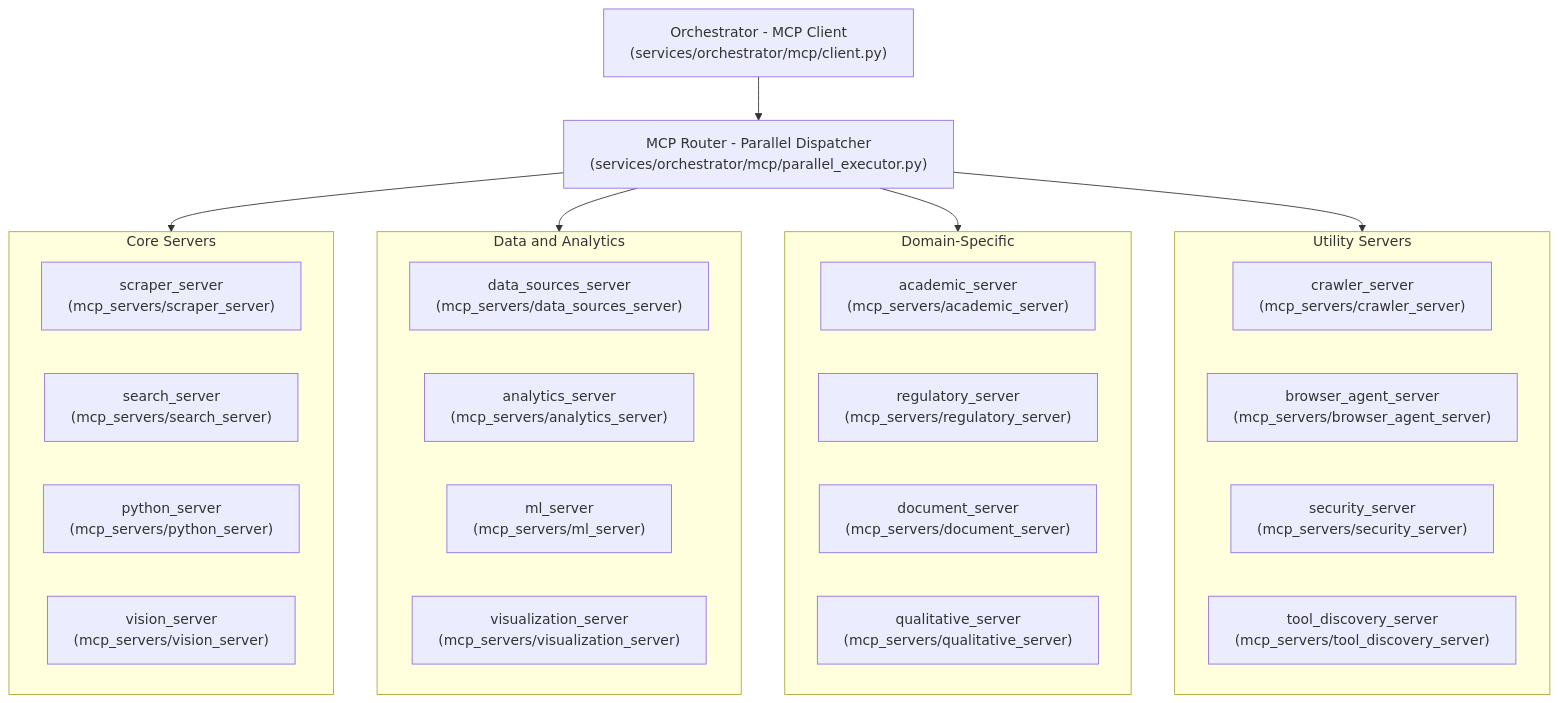
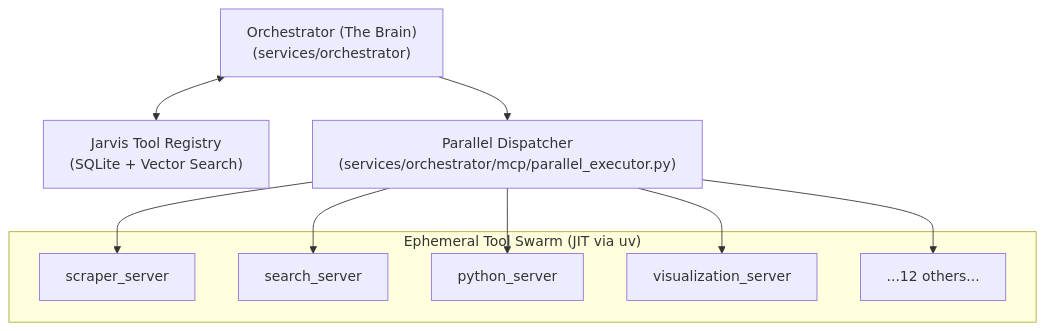
Before and after one commit to azzindani/Kea: the first of 6 diagrams in README.md, drawn with Mermaid. The commit also changed other lines of this file, not shown here.

Commit message:
docs: document the new Jarvis Persistent Tool Registry, JIT execution, updated architecture diagrams, and simplified run instructions.

````diff
--- a/README.md
+++ b/README.md
@@ -18,40 +32,23 @@
 ```mermaid
 graph TD
-    Orchestrator["Orchestrator - MCP Client<br/>(services/orchestrator/mcp/client.py)"]
-    Router["MCP Router - Parallel Dispatcher<br/>(services/orchestrator/mcp/parallel_executor.py)"]
+    Orchestrator["Orchestrator (The Brain)<br/>(services/orchestrator)"]
+    Registry["Jarvis Tool Registry<br/>(SQLite + Vector Search)"]
+    Router["Parallel Dispatcher<br/>(services/orchestrator/mcp/parallel_executor.py)"]
     
+    Orchestrator <--> Registry
     Orchestrator --> Router
     
-    subgraph Core[Core Servers]
-        S1["scraper_server<br/>(mcp_servers/scraper_server)"]
-        S2["search_server<br/>(mcp_servers/search_server)"]
-        S3["python_server<br/>(mcp_servers/python_server)"]
-        S4["vision_server<br/>(mcp_servers/vision_server)"]
+    subgraph "Ephemeral Tool Swarm (JIT via uv)"
+        S1["scraper_server"]
+        S2["search_server"]
+        S3["python_server"]
+        S4["visualization_server"]
+        S_More["...12 others..."]
     end
     
-    subgraph Data[Data and Analytics]
-        D1["data_sources_server<br/>(mcp_servers/data_sources_server)"]
-        D2["analytics_server<br/>(mcp_servers/analytics_server)"]
-        D3["ml_server<br/>(mcp_servers/ml_server)"]
-        D4["visualization_server<br/>(mcp_servers/visualization_server)"]
-    end
-    
-    subgraph Domain[Domain-Specific]
-        X1["academic_server<br/>(mcp_servers/academic_server)"]
-        X2["regulatory_server<br/>(mcp_servers/regulatory_server)"]
-        X3["document_server<br/>(mcp_servers/document_server)"]
-        X4["qualitative_server<br/>(mcp_servers/qualitative_server)"]
-    end
-    
-    subgraph Utility[Utility Servers]
-        U1["crawler_server<br/>(mcp_servers/crawler_server)"]
-        U2["browser_agent_server<br/>(mcp_servers/browser_agent_server)"]
-        U3["security_server<br/>(mcp_servers/security_server)"]
-        U4["tool_discovery_server<br/>(mcp_servers/tool_discovery_server)"]
-    end
-    
-    Router --> Core
-    Router --> Data
-    Router --> Domain
-    Router --> Utility
+    Router --> S1
+    Router --> S2
+    Router --> S3
+    Router --> S4
+    Router --> S_More
 ```
````
